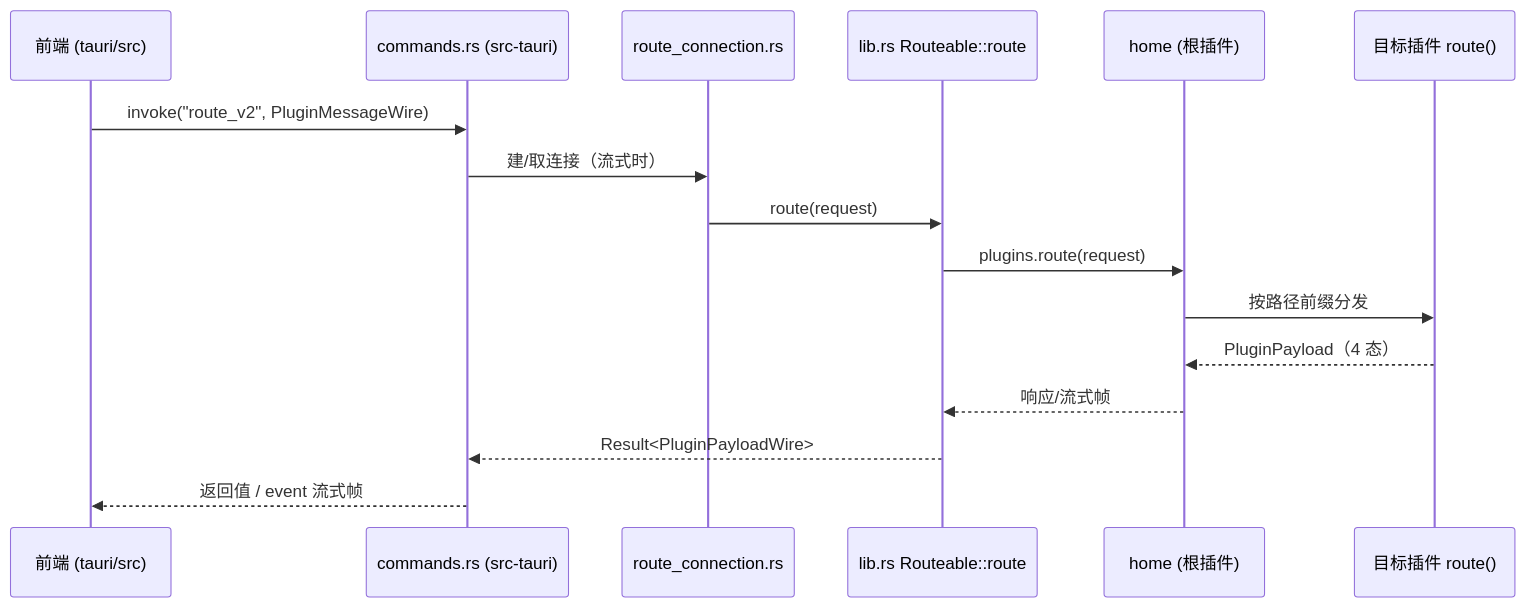
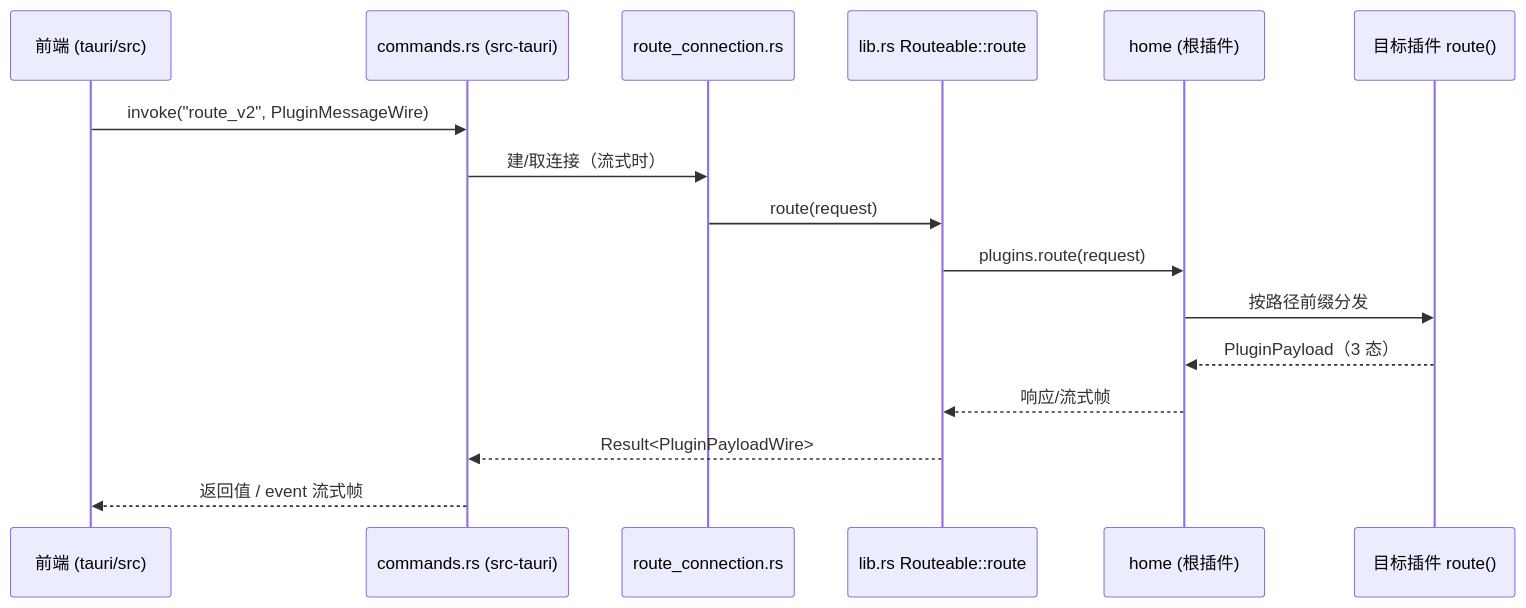
The diagram in docs/architecture/DATA_FLOW.md (agiwave/symbio), drawn with Mermaid before and after one commit. The commit also changed 18 other files, not shown here.

````diff
--- a/docs/architecture/DATA_FLOW.md
+++ b/docs/architecture/DATA_FLOW.md
@@ -10,19 +10,19 @@
 ```mermaid
 sequenceDiagram
     participant FE as 前端 (tauri/src)
     participant CMD as commands.rs (src-tauri)
     participant RC as route_connection.rs
     participant LIB as lib.rs Routeable::route
     participant HOME as home (根插件)
     participant P as 目标插件 route()
 
     FE->>CMD: invoke("route_v2", PluginMessageWire)
     CMD->>RC: 建/取连接（流式时）
     RC->>LIB: route(request)
     LIB->>HOME: plugins.route(request)
     HOME->>P: 按路径前缀分发
-    P-->>HOME: PluginPayload（4 态）
+    P-->>HOME: PluginPayload（3 态）
     HOME-->>LIB: 响应/流式帧
     LIB-->>CMD: Result<PluginPayloadWire>
     CMD-->>FE: 返回值 / event 流式帧
 ```
````
